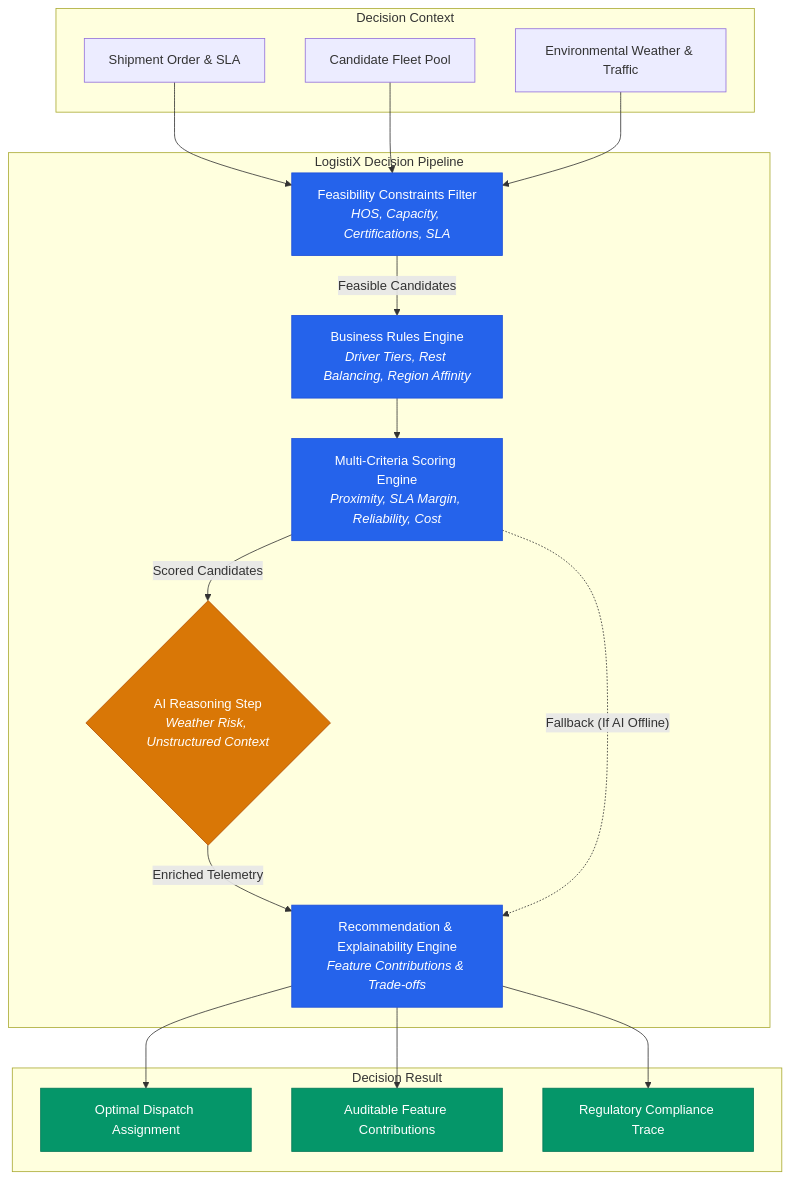
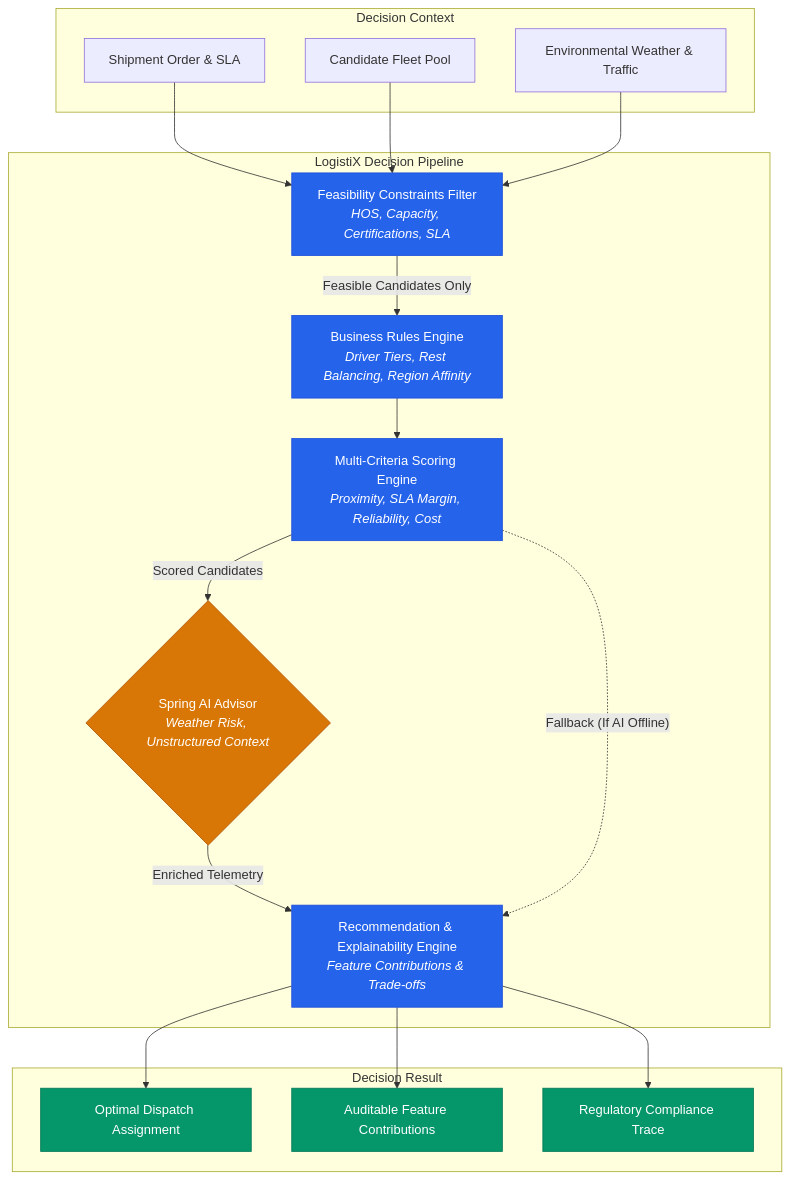
One commit to venukommu/LogistiX changed the diagram in docs/capabilities/driver-dispatch.md. Above: the diagram before and after it, drawn with Mermaid. The commit also changed other lines of this file and 21 other files, not shown here.

````diff
--- a/docs/capabilities/driver-dispatch.md
+++ b/docs/capabilities/driver-dispatch.md
@@ -6,37 +6,37 @@
 ```mermaid
 graph TD
     subgraph Input ["Decision Context"]
         A[Shipment Order & SLA]
         B[Candidate Fleet Pool]
         C[Environmental Weather & Traffic]
     end
 
     subgraph Pipeline ["LogistiX Decision Pipeline"]
         D[Feasibility Constraints Filter<br/><i>HOS, Capacity, Certifications, SLA</i>]
         E[Business Rules Engine<br/><i>Driver Tiers, Rest Balancing, Region Affinity</i>]
         F[Multi-Criteria Scoring Engine<br/><i>Proximity, SLA Margin, Reliability, Cost</i>]
-        G{AI Reasoning Step<br/><i>Weather Risk, Unstructured Context</i>}
+        G{Spring AI Advisor<br/><i>Weather Risk, Unstructured Context</i>}
         H[Recommendation & Explainability Engine<br/><i>Feature Contributions & Trade-offs</i>]
     end
 
     subgraph Outcome ["Decision Result"]
         I[Optimal Dispatch Assignment]
         J[Auditable Feature Contributions]
         K[Regulatory Compliance Trace]
     end
 
     A & B & C --> D
-    D -- Feasible Candidates --> E
+    D -- Feasible Candidates Only --> E
     E --> F
     F -- Scored Candidates --> G
     G -- Enriched Telemetry --> H
     F -. Fallback (If AI Offline) .-> H
     H --> I & J & K
 
     classDef primary fill:#2563eb,stroke:#1d4ed8,color:#fff;
     classDef secondary fill:#059669,stroke:#047857,color:#fff;
     classDef warn fill:#d97706,stroke:#b45309,color:#fff;
     class D,E,F,H primary;
     class I,J,K secondary;
     class G warn;
 ```
````
